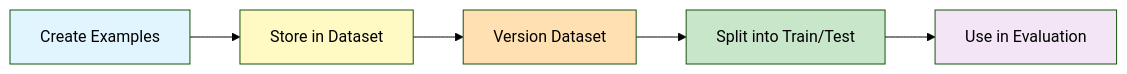
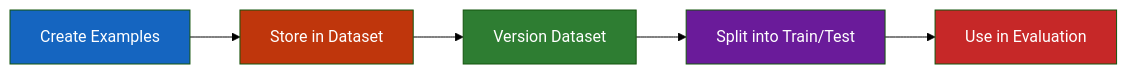
Before and after one commit to CogKnowEdge-Solutions/Orchestration: the diagram in Langsmith-Labs/Lab3-Beginner/building-managing-datasets/lab-building-managing-datasets.md, drawn with Mermaid (forest theme). The commit also changed other lines of this file, not shown here.

Commit message:
Lab3: Add high-contrast mermaid colors and code blocks in section 10

````diff
--- a/Langsmith-Labs/Lab3-Beginner/building-managing-datasets/lab-building-managing-datasets.md
+++ b/Langsmith-Labs/Lab3-Beginner/building-managing-datasets/lab-building-managing-datasets.md
@@ -75,13 +75,13 @@
 ```mermaid
 graph LR
     A["Create Examples"] --> B["Store in Dataset"]
     B --> C["Version Dataset"]
     C --> D["Split into Train/Test"]
     D --> E["Use in Evaluation"]
     
-    style A fill:#e1f5ff
-    style B fill:#fff9c4
-    style C fill:#ffe0b2
-    style D fill:#c8e6c9
-    style E fill:#f3e5f5
+    style A fill:#1565c0,color:#fff
+    style B fill:#bf360c,color:#fff
+    style C fill:#2e7d32,color:#fff
+    style D fill:#6a1b9a,color:#fff
+    style E fill:#c62828,color:#fff
 ```
````
